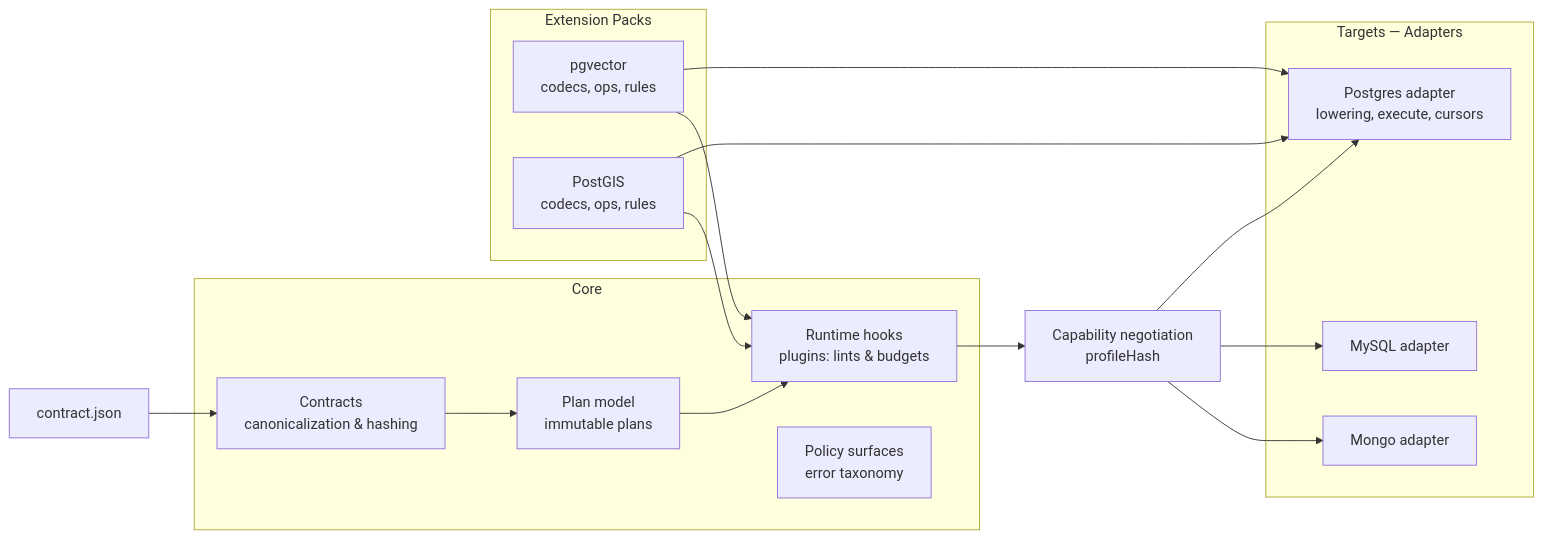
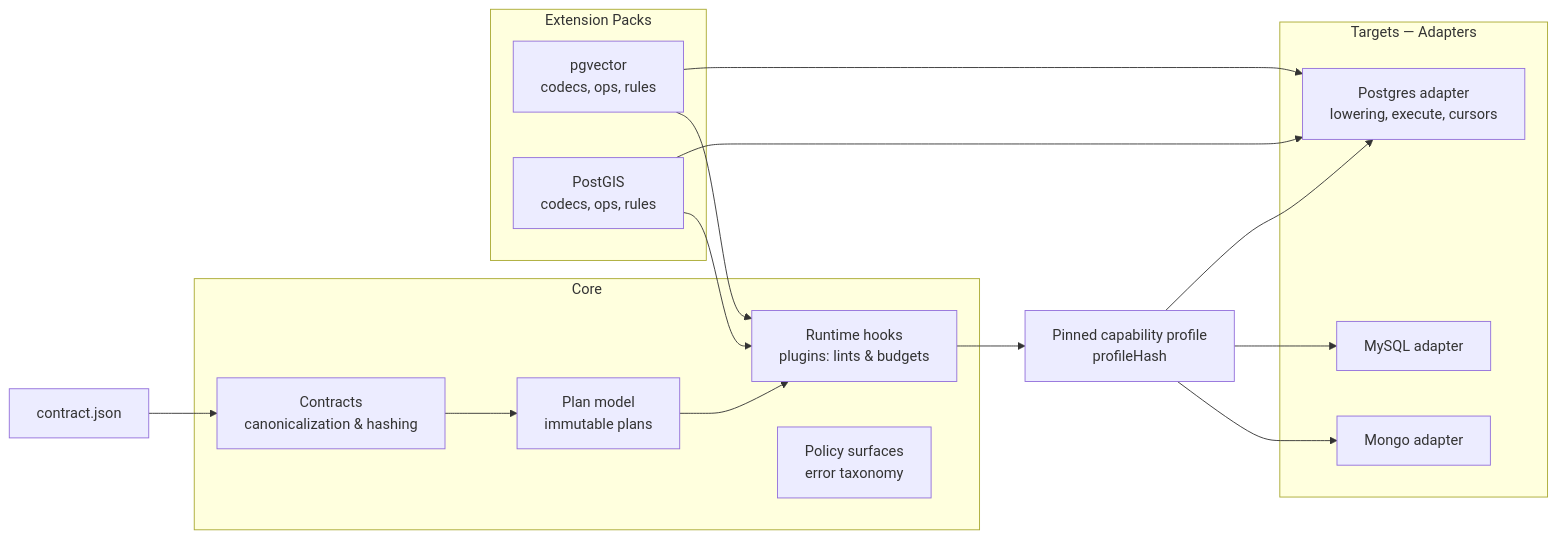
The fourth of 4 diagrams in docs/Architecture Overview.md (prisma/prisma-next), drawn with Mermaid before and after one commit. The commit also changed other lines of this file and 5 other files, not shown here.

````diff
--- a/docs/Architecture Overview.md
+++ b/docs/Architecture Overview.md
@@ -243,43 +243,43 @@
 ```mermaid
 flowchart LR
   subgraph Core[Core]
     C1["Contracts
       canonicalization & hashing"]
     C2[Plan model
       immutable plans]
     C3[Runtime hooks
     plugins: lints & budgets]
     C4[Policy surfaces
     error taxonomy]
   end
 
   subgraph Adapters[Targets — Adapters]
     A1[Postgres adapter
     lowering, execute, cursors]
     A2[MySQL adapter]
     A3[Mongo adapter]
   end
 
   subgraph Packs[Extension Packs]
     P1[pgvector
     codecs, ops, rules]
     P2[PostGIS
     codecs, ops, rules]
   end
 
   Contract[contract.json]
-  Profile[Capability negotiation
+  Profile[Pinned capability profile
   profileHash]
 
   Contract --> C1
   C1 --> C2
   C2 --> C3
   C3 --> Profile
   Profile --> A1
   Profile --> A2
   Profile --> A3
   P1 --> A1
   P2 --> A1
   P1 --> C3
   P2 --> C3
 ```
````
